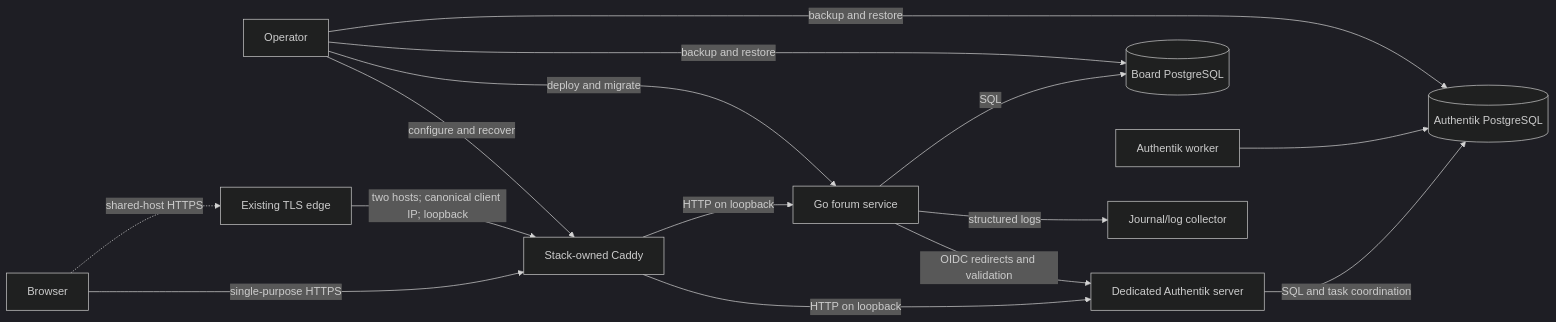
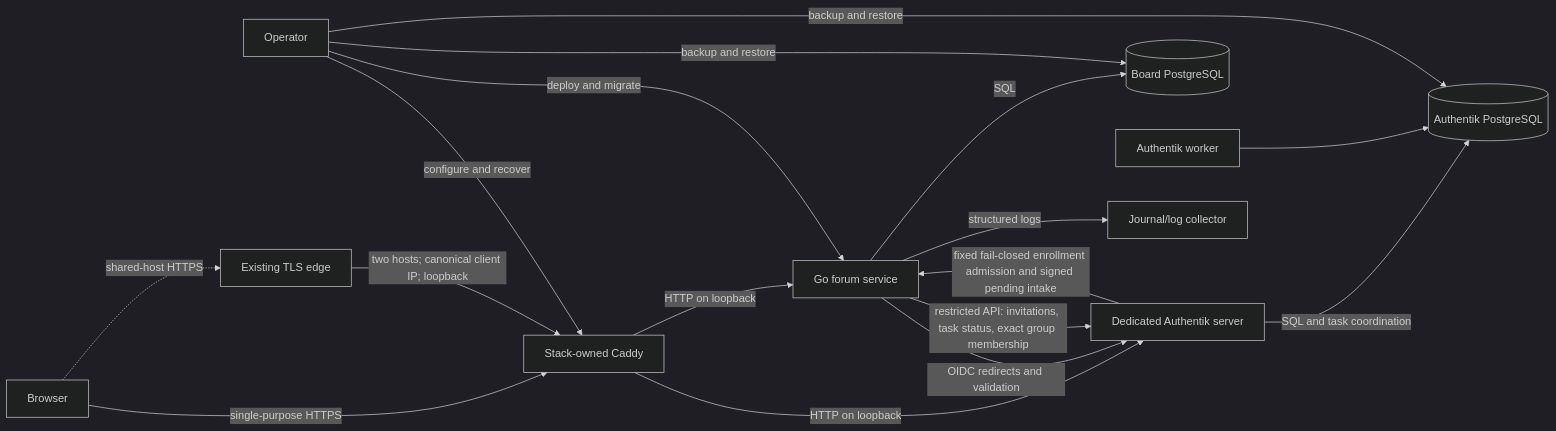
One commit to gotthboard/gotth-bb changed the diagram in docs/architecture.md. Above: the diagram before and after it, drawn with Mermaid (dark theme). The commit also changed other lines of this file and 8 other files, not shown here.

````diff
--- a/docs/architecture.md
+++ b/docs/architecture.md
@@ -36,17 +39,19 @@
 ```mermaid
 flowchart LR
     B[Browser] -->|single-purpose HTTPS| C[Stack-owned Caddy]
     B -. shared-host HTTPS .-> E[Existing TLS edge]
     E -->|two hosts; canonical client IP; loopback| C
     C -->|HTTP on loopback| A[Go forum service]
     C -->|HTTP on loopback| I[Dedicated Authentik server]
     A -->|OIDC redirects and validation| I
+    I -->|fixed fail-closed enrollment admission and signed pending intake| A
+    A -->|restricted API: invitations, task status, exact group membership| I
     A -->|SQL| P[(Board PostgreSQL)]
     I -->|SQL and task coordination| IP[(Authentik PostgreSQL)]
     IW[Authentik worker] --> IP
     A -->|structured logs| L[Journal/log collector]
     H[Operator] -->|deploy and migrate| A
     H -->|configure and recover| C
     H -->|backup and restore| P
     H -->|backup and restore| IP
 ```
````
